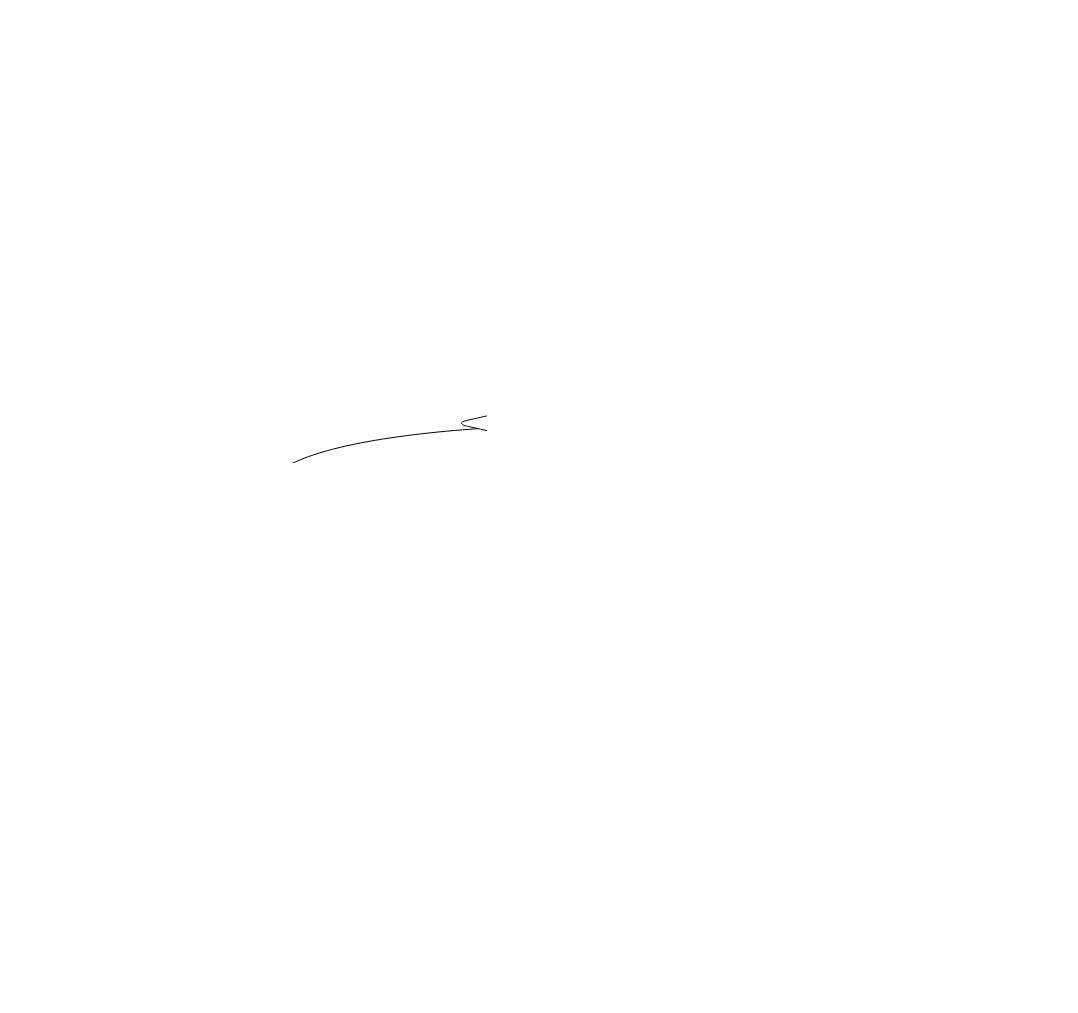
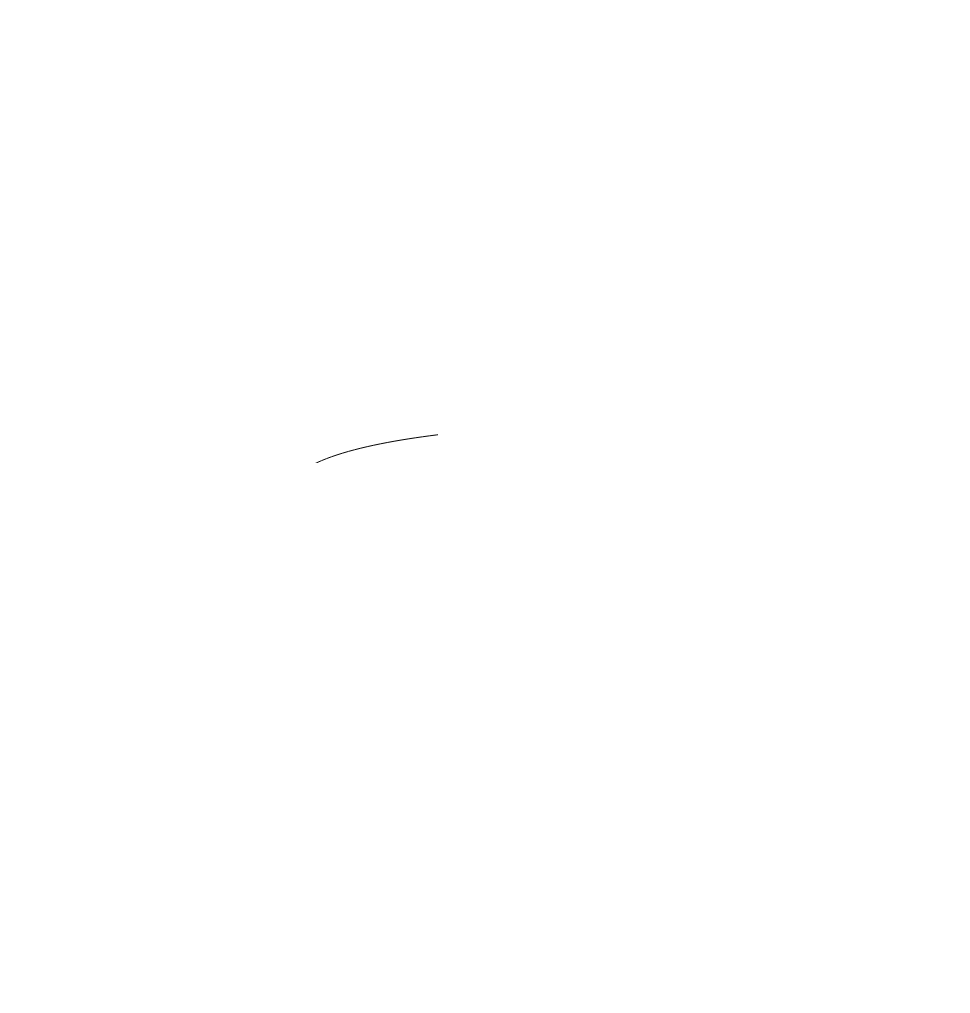
One commit to Duureeee/lab10-dataflow changed the diagram in cfg-bonus.dot. Above: the diagram before and after it, drawn with Graphviz. The commit also changed 3 other files, not shown here.

Commit message:
Add bonus all-DU-pairs tests and coverage analysis

```diff
--- a/cfg-bonus.dot
+++ b/cfg-bonus.dot
@@ -1,50 +1,50 @@
 digraph BonusCFG {
     graph [rankdir=TB, dpi=160, nodesep=0.45, ranksep=0.7];
     node [shape=box, style=rounded, fontname="DejaVu Sans", fontsize=11];
     edge [fontname="DejaVu Sans", fontsize=9];
 
     start [label="31: bonus(attendance, threshold)"];
     nullcheck [label="32: attendance == null?", shape=diamond];
     negcheck [label="32: threshold < 0?", shape=diamond];
     error [label="33: throw IllegalArgumentException"];
     init [label="35: present = 0\n36: streak = 0\n37: best = 0"];
     loop [label="38: Has next element?\nattendance p-use", shape=diamond];
     assign [label="38: a = next element\na def"];
     checka [label="39: a > 0?", shape=diamond];
     present [label="40: present = present + 1"];
     streak [label="41: streak = streak + 1"];
     checkbest [label="42: streak > best?", shape=diamond];
     best [label="43: best = streak"];
     reset [label="46: streak = 0 (kill)"];
     score [label="49: score = 0"];
     threshold [label="50: present >= threshold?", shape=diamond];
     five [label="51: score = 5"];
     checkfive [label="53: best >= 5?", shape=diamond];
     extra [label="54: score = score + 3"];
     ret [label="56: return score"];
 
-    start -> nullcheck [label="bonusLongStreakWithBreak"];
-    nullcheck -> error [label="T: bonusNullInput"];
-    nullcheck -> negcheck [label="F: bonusLongStreakWithBreak"];
-    negcheck -> error [label="T: bonusNegativeThreshold"];
-    negcheck -> init [label="F: bonusLongStreakWithBreak"];
-    init -> loop [label="bonusLongStreakWithBreak"];
-    loop -> assign [label="T: bonusLongStreakWithBreak"];
-    loop -> score [label="F: bonusBelowThreshold"];
-    assign -> checka [label="bonusLongStreakWithBreak"];
-    checka -> present [label="T: bonusLongStreakWithBreak"];
-    checka -> reset [label="F: bonusLongStreakWithBreak"];
-    present -> streak [label="bonusLongStreakWithBreak"];
-    streak -> checkbest [label="bonusLongStreakWithBreak"];
-    checkbest -> best [label="T: bonusLongStreakWithBreak"];
-    checkbest -> loop [label="F: bonusLongStreakWithBreak"];
-    best -> loop [label="bonusLongStreakWithBreak"];
-    reset -> loop [label="bonusLongStreakWithBreak"];
-    score -> threshold [label="bonusBelowThreshold"];
-    threshold -> five [label="T: bonusLongStreakWithBreak"];
-    threshold -> checkfive [label="F: bonusBelowThreshold"];
-    five -> checkfive [label="bonusLongStreakWithBreak"];
-    checkfive -> extra [label="T: bonusLongStreakWithBreak"];
-    checkfive -> ret [label="F: bonusBelowThreshold"];
-    extra -> ret [label="bonusLongStreakWithBreak"];
+    start -> nullcheck [label="allDefsThresholdMet"];
+    nullcheck -> error [label="T: duNullAttendance"];
+    nullcheck -> negcheck [label="F: allDefsThresholdMet"];
+    negcheck -> error [label="T: duNegativeThreshold"];
+    negcheck -> init [label="F: allDefsThresholdMet"];
+    init -> loop [label="allDefsThresholdMet"];
+    loop -> assign [label="T: allDefsThresholdMet"];
+    loop -> score [label="F: allDefsThresholdMissed"];
+    assign -> checka [label="allDefsThresholdMet"];
+    checka -> present [label="T: allDefsThresholdMet"];
+    checka -> reset [label="F: allDefsThresholdMet"];
+    present -> streak [label="allDefsThresholdMet"];
+    streak -> checkbest [label="allDefsThresholdMet"];
+    checkbest -> best [label="T: allDefsThresholdMet"];
+    checkbest -> loop [label="F: allDefsThresholdMet"];
+    best -> loop [label="allDefsThresholdMet"];
+    reset -> loop [label="allDefsThresholdMet"];
+    score -> threshold [label="allDefsThresholdMissed"];
+    threshold -> five [label="T: allDefsThresholdMet"];
+    threshold -> checkfive [label="F: allDefsThresholdMissed"];
+    five -> checkfive [label="allDefsThresholdMet"];
+    checkfive -> extra [label="T: allDefsThresholdMet"];
+    checkfive -> ret [label="F: duShortStreakBelowFive"];
+    extra -> ret [label="allDefsThresholdMet"];
 }
```
